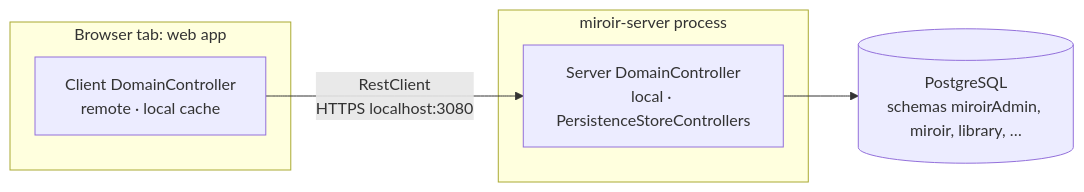
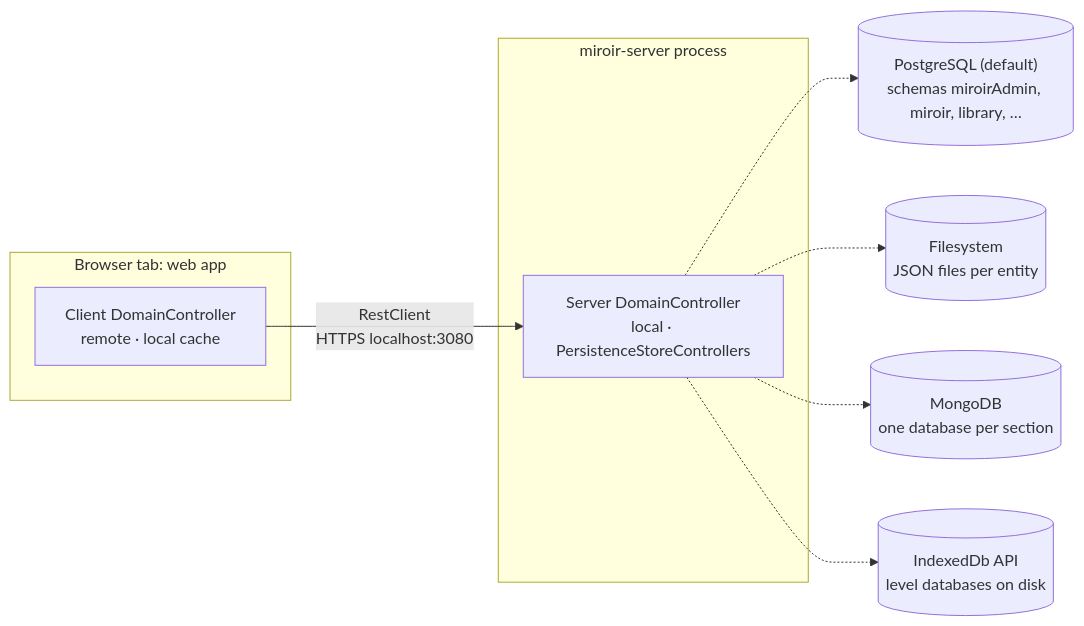
Before and after one commit to miroir-framework/miroir: the first of 6 diagrams in docs/reference/data-architecture-deployments.md, drawn with Mermaid. The commit also changed other lines of this file and 1 other file, not shown here.

Commit message:
improve documentation: architecture and deployment description

````diff
--- a/docs/reference/data-architecture-deployments.md
+++ b/docs/reference/data-architecture-deployments.md
@@ -242,11 +242,14 @@
 ```mermaid
 flowchart LR
   subgraph browser["Browser tab: web app"]
     C["Client DomainController<br/>remote · local cache"]
   end
   subgraph server["miroir-server process"]
     S["Server DomainController<br/>local · PersistenceStoreControllers"]
   end
   C -- "RestClient<br/>HTTPS localhost:3080" --> S
-  S --> PG[("PostgreSQL<br/>schemas miroirAdmin, miroir, library, …")]
+  S -.-> PG[("PostgreSQL (default)<br/>schemas miroirAdmin, miroir, library, …")]
+  S -.-> FS[("Filesystem<br/>JSON files per entity")]
+  S -.-> MG[("MongoDB<br/>one database per section")]
+  S -.-> LV[("IndexedDb API<br/>level databases on disk")]
 ```
````
